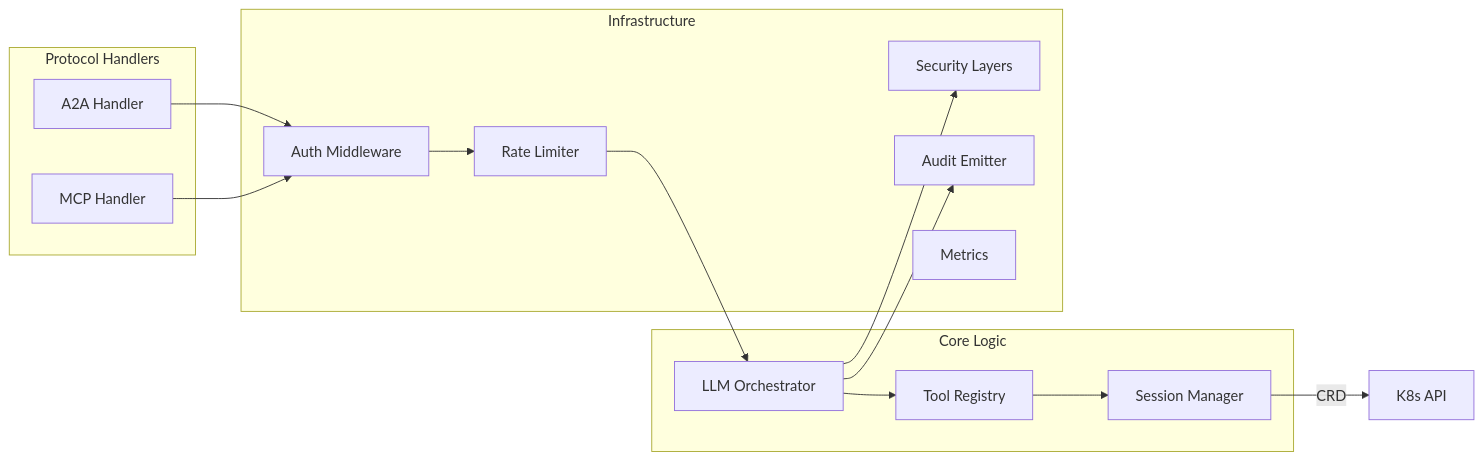
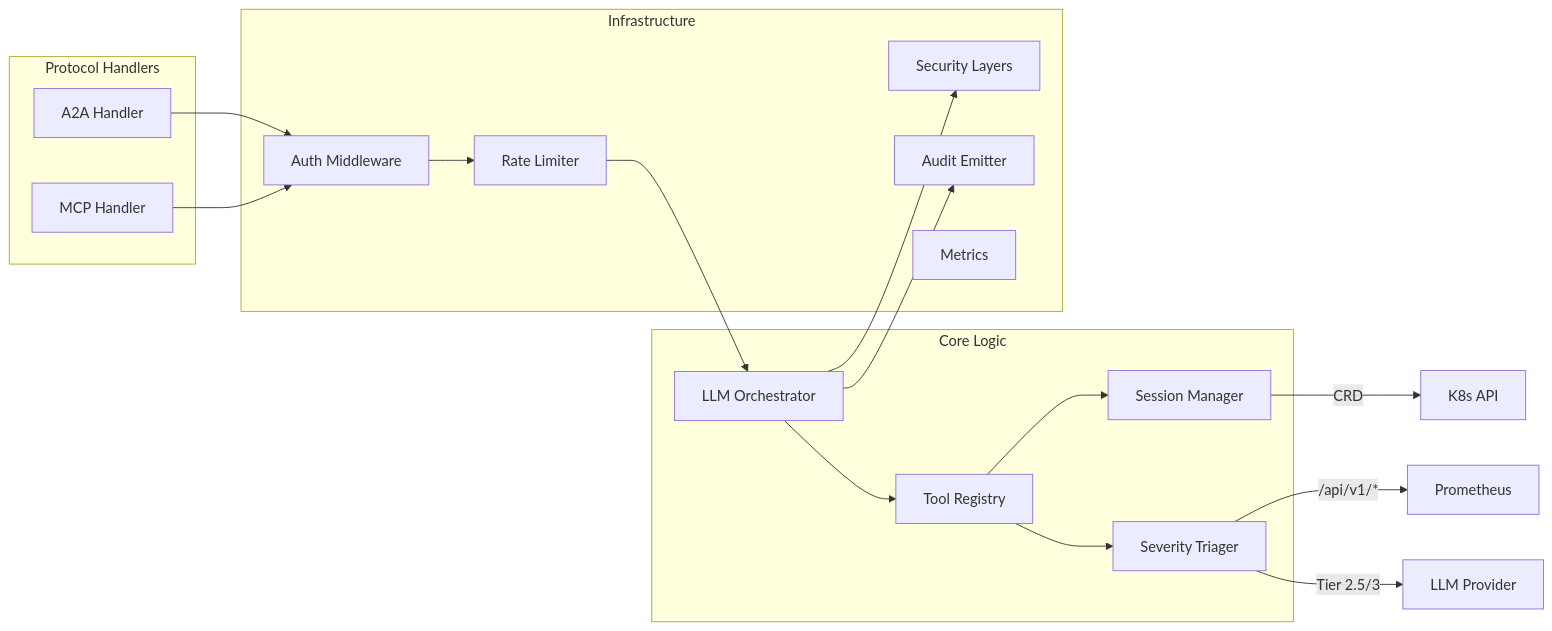
The second of 7 diagrams in docs/design/ARCHITECTURE.md (jordigilh/kubernaut), drawn with Mermaid before and after one commit. The commit also changed other lines of this file and 8 other files, not shown here.

````diff
--- a/docs/design/ARCHITECTURE.md
+++ b/docs/design/ARCHITECTURE.md
@@ -177,31 +227,35 @@
 ```mermaid
 graph LR
     subgraph handlers [Protocol Handlers]
         A2AHandler[A2A Handler]
         MCPHandler[MCP Handler]
     end
 
     subgraph core [Core Logic]
         Orchestrator[LLM Orchestrator]
         ToolRegistry[Tool Registry]
         SessionManager[Session Manager]
+        SevTriager[Severity Triager]
     end
 
     subgraph infra_pkg [Infrastructure]
         Auth[Auth Middleware]
         RateLimit[Rate Limiter]
         Security[Security Layers]
         Audit[Audit Emitter]
         Metrics[Metrics]
     end
 
     A2AHandler --> Auth
     MCPHandler --> Auth
     Auth --> RateLimit
     RateLimit --> Orchestrator
     Orchestrator --> ToolRegistry
     Orchestrator --> Security
     ToolRegistry --> SessionManager
+    ToolRegistry --> SevTriager
+    SevTriager -->|/api/v1/*| Prom[Prometheus]
+    SevTriager -->|Tier 2.5/3| LLMProv[LLM Provider]
     SessionManager -->|CRD| K8s[K8s API]
     Orchestrator --> Audit
 ```
````
